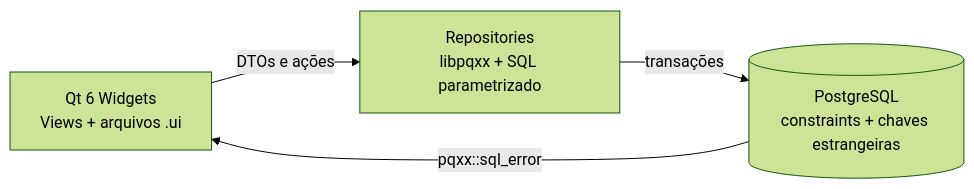
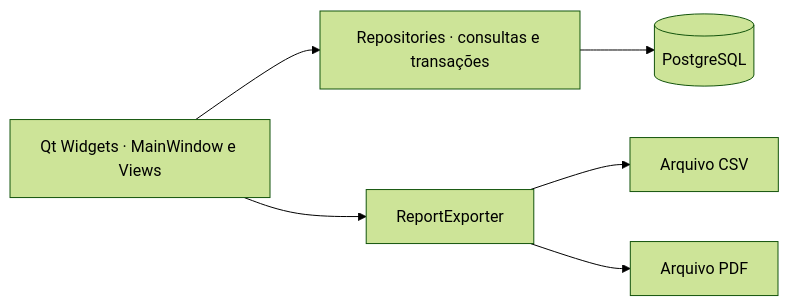
Before and after one commit to Kayke-Oli/Projeto-transporte-Prefeitura-Piranga: the diagram in README.md, drawn with Mermaid (forest theme). The commit also changed other lines of this file, not shown here.

````diff
--- a/README.md
+++ b/README.md
@@ -30,6 +189,8 @@
 ```mermaid
 flowchart LR
-    UI["Qt 6 Widgets\nViews + arquivos .ui"] -->|"DTOs e ações"| Repo["Repositories\nlibpqxx + SQL parametrizado"]
-    Repo -->|"transações"| DB[("PostgreSQL\nconstraints + chaves estrangeiras")]
-    DB -->|"pqxx::sql_error"| UI
+    UI["Qt Widgets · MainWindow e Views"] --> R["Repositories · consultas e transações"]
+    R --> DB[(PostgreSQL)]
+    UI --> E["ReportExporter"]
+    E --> CSV["Arquivo CSV"]
+    E --> PDF["Arquivo PDF"]
 ```
````
